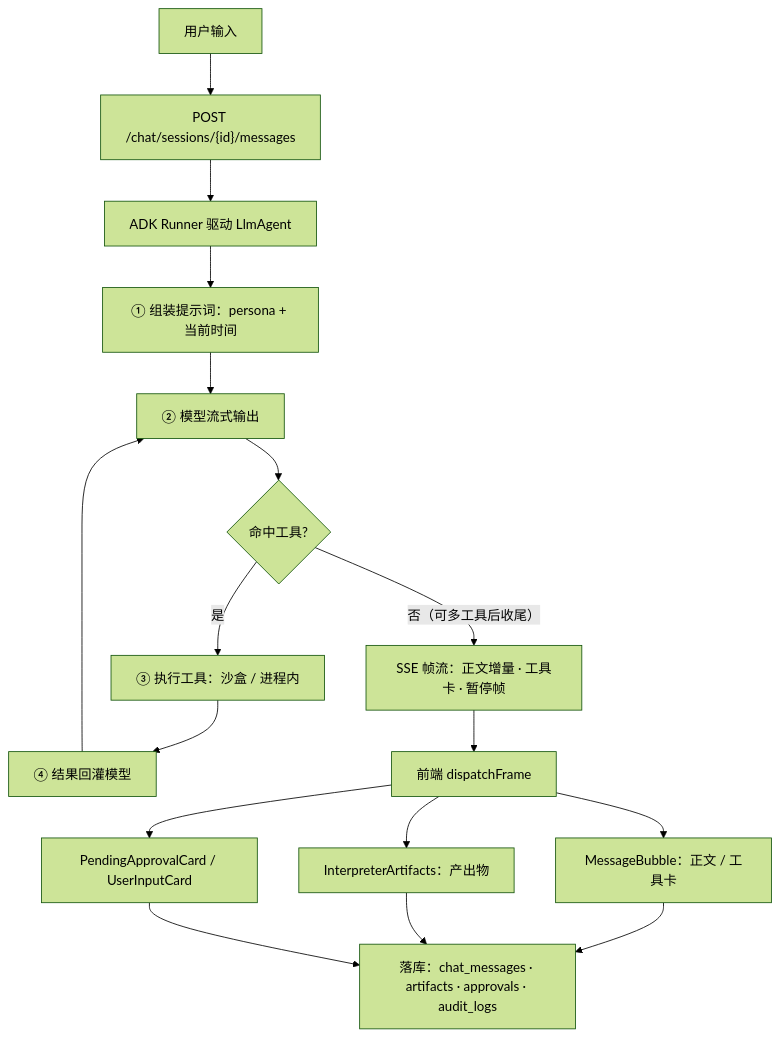
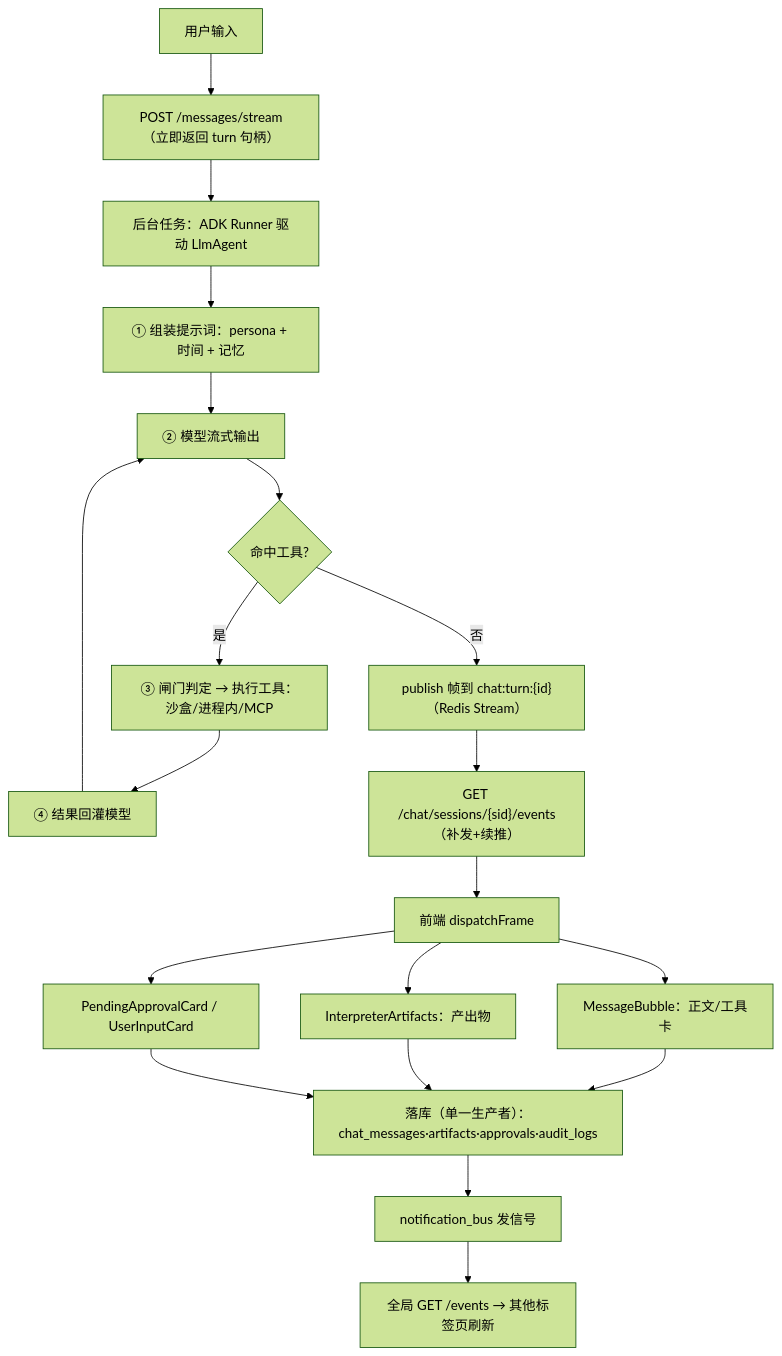
Before and after one commit to isfangmk/crewlab: the second of 2 diagrams in backend/app/knowledge_base/concepts/整体架构.md, drawn with Mermaid (forest theme). The commit also changed other lines of this file and 11 other files, not shown here.

````diff
--- a/backend/app/knowledge_base/concepts/整体架构.md
+++ b/backend/app/knowledge_base/concepts/整体架构.md
@@ -47,19 +55,22 @@
 ```mermaid
 flowchart TD
-  U["用户输入"] --> R["POST /chat/sessions/{id}/messages"]
-  R --> RUN["ADK Runner 驱动 LlmAgent"]
-  RUN --> P1["① 组装提示词：persona + 当前时间"]
+  U["用户输入"] --> R["POST /messages/stream（立即返回 turn 句柄）"]
+  R --> BG["后台任务：ADK Runner 驱动 LlmAgent"]
+  BG --> P1["① 组装提示词：persona + 时间 + 记忆"]
   P1 --> P2["② 模型流式输出"]
   P2 --> P3{"命中工具?"}
-  P3 -- "是" --> EX["③ 执行工具：沙盒 / 进程内"]
+  P3 -- "是" --> EX["③ 闸门判定 → 执行工具：沙盒/进程内/MCP"]
   EX --> P4["④ 结果回灌模型"]
   P4 --> P2
-  P3 -- "否（可多工具后收尾）" --> SSE["SSE 帧流：正文增量 · 工具卡 · 暂停帧"]
+  P3 -- "否" --> STREAM["publish 帧到 chat:turn:{id}（Redis Stream）"]
+  STREAM --> SSE["GET /chat/sessions/{sid}/events（补发+续推）"]
   SSE --> F["前端 dispatchFrame"]
-  F --> R1["MessageBubble：正文 / 工具卡"]
+  F --> R1["MessageBubble：正文/工具卡"]
   F --> R2["InterpreterArtifacts：产出物"]
   F --> R3["PendingApprovalCard / UserInputCard"]
-  R1 --> DBS["落库：chat_messages · artifacts · approvals · audit_logs"]
+  R1 --> DBS["落库（单一生产者）：chat_messages·artifacts·approvals·audit_logs"]
   R2 --> DBS
   R3 --> DBS
+  DBS --> N["notification_bus 发信号"]
+  N --> NF["全局 GET /events → 其他标签页刷新"]
 ```
````
